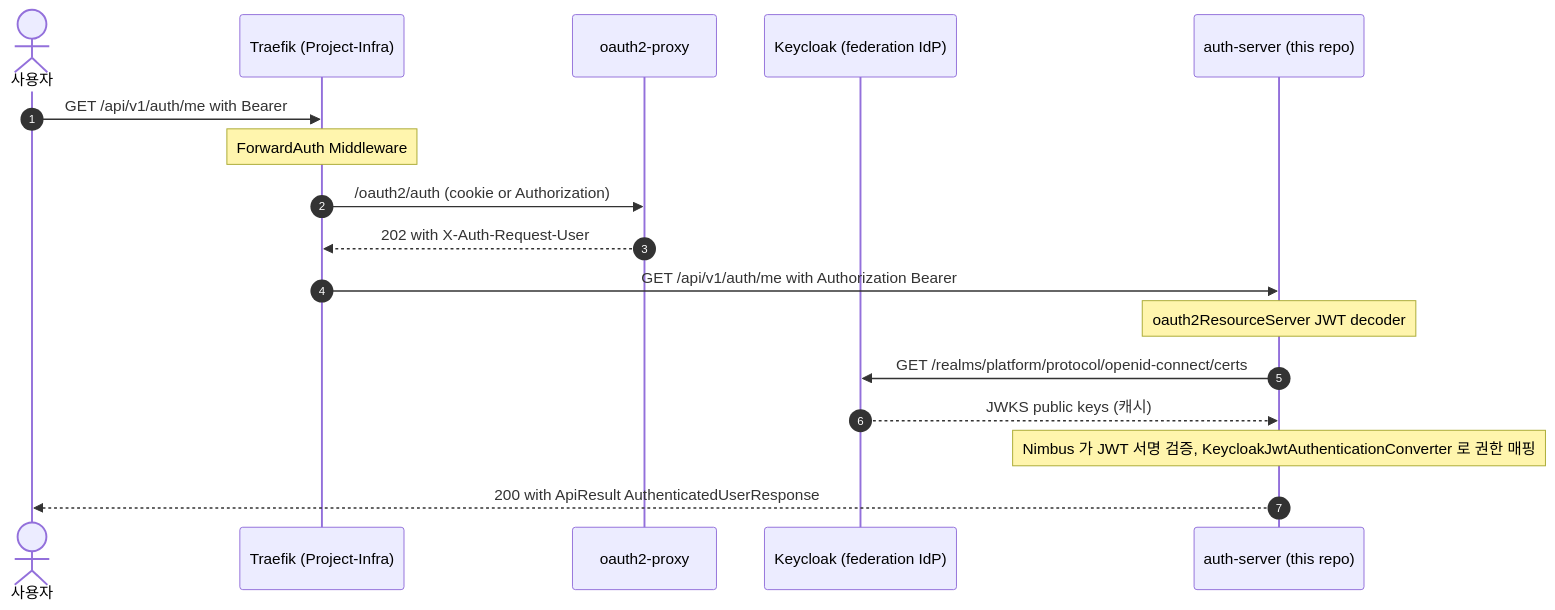
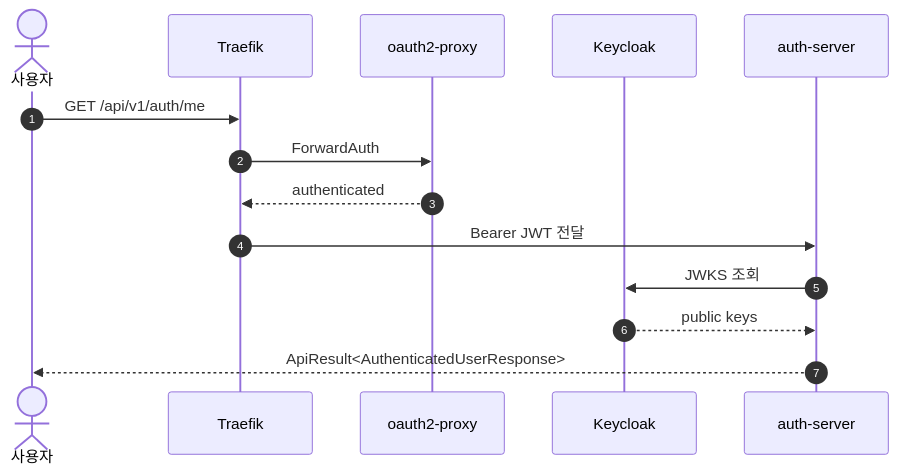
Before and after one commit to DongHyeonka/Project-Auth-Server: the diagram in README.md, drawn with Mermaid. The commit also changed other lines of this file and 4 other files, not shown here.

````diff
--- a/README.md
+++ b/README.md
@@ -87,23 +38,17 @@
 ```mermaid
 sequenceDiagram
     autonumber
     actor User as 사용자
-    participant Traefik as Traefik (Project-Infra)
+    participant Traefik as Traefik
     participant OAuth as oauth2-proxy
-    participant KC as Keycloak (federation IdP)
-    participant App as auth-server (this repo)
+    participant KC as Keycloak
+    participant App as auth-server
 
-    User->>Traefik: GET /api/v1/auth/me with Bearer
-    Note over Traefik: ForwardAuth Middleware
-    Traefik->>OAuth: /oauth2/auth (cookie or Authorization)
-    OAuth-->>Traefik: 202 with X-Auth-Request-User
-    Traefik->>App: GET /api/v1/auth/me with Authorization Bearer
-
-    Note over App: oauth2ResourceServer JWT decoder
-
-    App->>KC: GET /realms/platform/protocol/openid-connect/certs
-    KC-->>App: JWKS public keys (캐시)
-    Note over App: Nimbus 가 JWT 서명 검증, KeycloakJwtAuthenticationConverter 로 권한 매핑
-
-    App-->>User: 200 with ApiResult AuthenticatedUserResponse
+    User->>Traefik: GET /api/v1/auth/me
+    Traefik->>OAuth: ForwardAuth
+    OAuth-->>Traefik: authenticated
+    Traefik->>App: Bearer JWT 전달
+    App->>KC: JWKS 조회
+    KC-->>App: public keys
+    App-->>User: ApiResult<AuthenticatedUserResponse>
 ```
````
